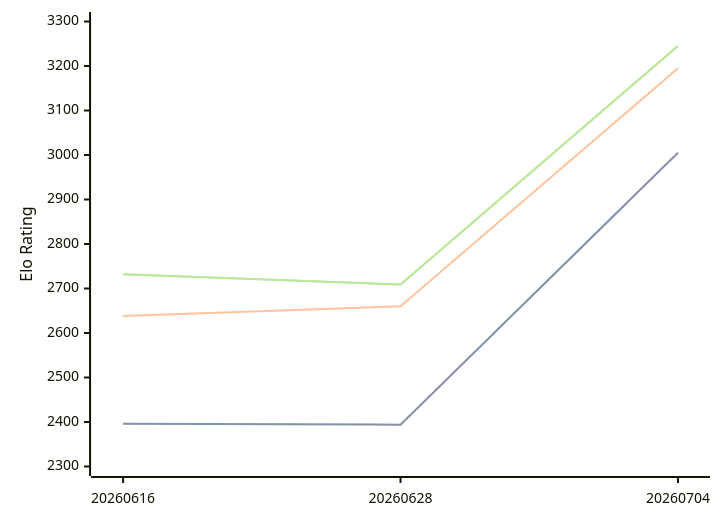
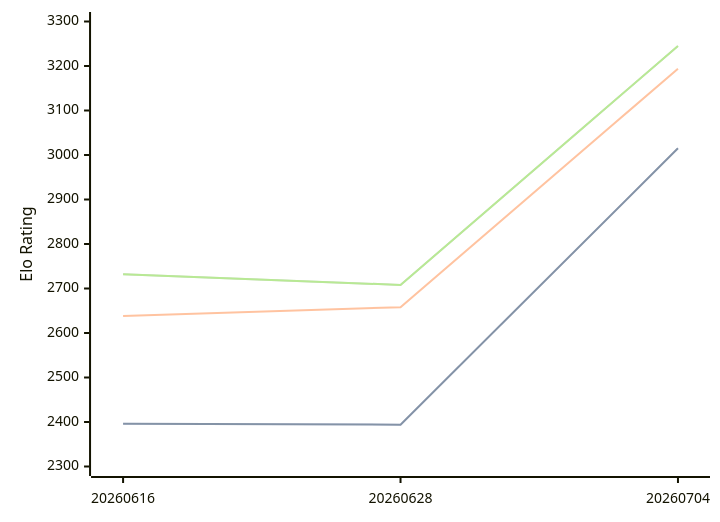
One commit to computer-chess-index/cci changed the diagram in engines/Askaig.md. Above: the diagram before and after it, drawn with Mermaid. The commit also changed other lines of this file, not shown here.

Commit message:
Update CCI Ratings (ELO VLTC) - 2026-07-21

````diff
--- a/engines/Askaig.md
+++ b/engines/Askaig.md
@@ -35,11 +35,11 @@
 ```mermaid
 %%{init: {"theme":"base","themeVariables":{"seriesColors:['#a3a3a3','#222221','#faa371']}}}%%
 xychart-beta
   x-axis ["20260616", "20260628", "20260704"]
   y-axis "Elo Rating" 2300 --> 3300
-  line "STC (8.0+0.08s)" [2396, 2394, 3005]
-  line "STC (8.0+0.08s)" [2396, 2394, 3005]
-  line "LTC (60.0+0.60s)" [2638, 2660, 3195]
-  line "VLTC (2m24s+1.12s)" [2732, 2709, 3245]
-  line "VLTC (2m24s+1.12s)" [2732, 2709, 3245]
+  line "STC (8.0+0.08s)" [2396, 2394, 3015]
+  line "STC (8.0+0.08s)" [2396, 2394, 3015]
+  line "LTC (60.0+0.60s)" [2638, 2658, 3194]
+  line "VLTC (2m24s+1.12s)" [2732, 2708, 3245]
+  line "VLTC (2m24s+1.12s)" [2732, 2708, 3245]
 ```
````
